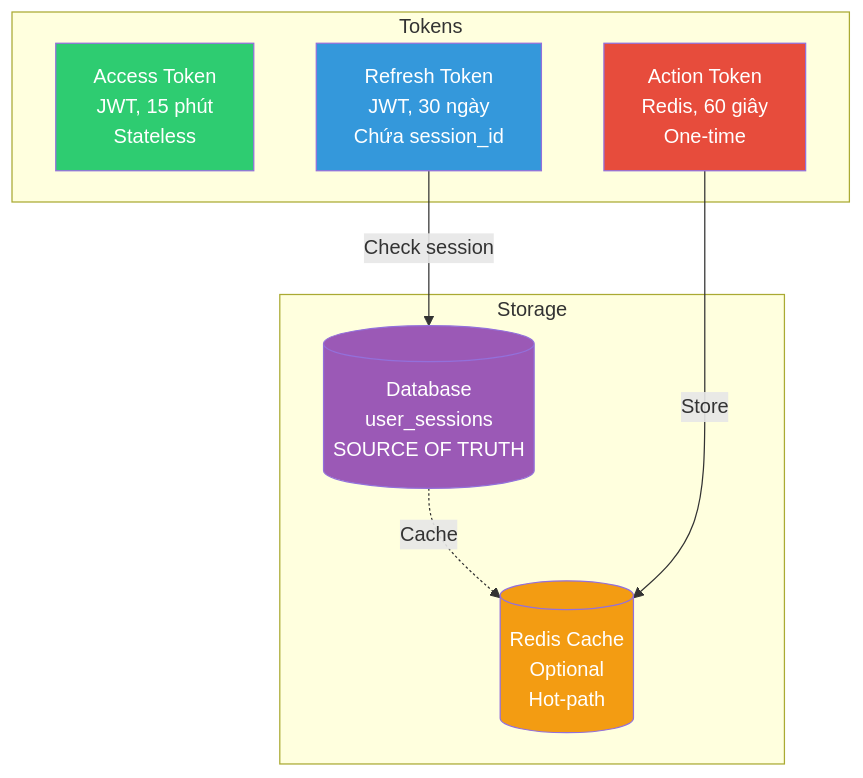
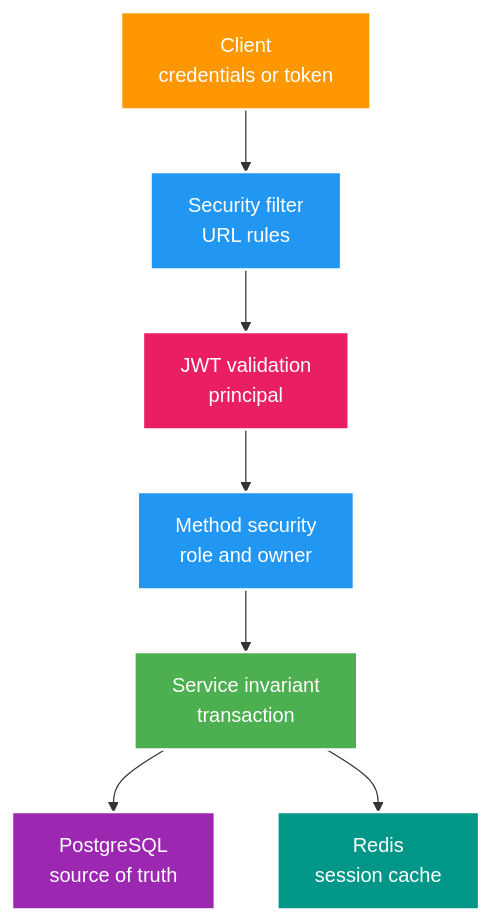
One commit to HungPhan200591/live-stream-backend changed the diagram in docs/authorization_flow.md. Above: the diagram before and after it, drawn with Mermaid. The commit also changed other lines of this file and 39 other files, not shown here.

````diff
--- a/docs/authorization_flow.md
+++ b/docs/authorization_flow.md
@@ -40,23 +9,17 @@
 ```mermaid
-flowchart TD
-    subgraph Tokens
-        AT[Access Token<br/>JWT, 15 phút<br/>Stateless]
-        RT[Refresh Token<br/>JWT, 30 ngày<br/>Chứa session_id]
-        ActionT[Action Token<br/>Redis, 60 giây<br/>One-time]
-    end
+flowchart TB
+    C["Client<br/>credentials or token"] --> F["Security filter<br/>URL rules"]
+    F --> J["JWT validation<br/>principal"]
+    J --> M["Method security<br/>role and owner"]
+    M --> S["Service invariant<br/>transaction"]
+    S --> P["PostgreSQL<br/>source of truth"]
+    S --> R["Redis<br/>session cache"]
 
-    subgraph Storage
-        DB[(Database<br/>user_sessions<br/>SOURCE OF TRUTH)]
-        Redis[(Redis Cache<br/>Optional<br/>Hot-path)]
-    end
-
-    RT -->|Check session| DB
-    DB -.->|Cache| Redis
-    ActionT -->|Store| Redis
-
-    style AT fill:#2ecc71,color:#fff
-    style RT fill:#3498db,color:#fff
-    style ActionT fill:#e74c3c,color:#fff
-    style DB fill:#9b59b6,color:#fff
-    style Redis fill:#f39c12,color:#fff
+    style C fill:#FF9800,stroke:#fff,stroke-width:2px,color:#fff
+    style F fill:#2196F3,stroke:#fff,stroke-width:2px,color:#fff
+    style J fill:#E91E63,stroke:#fff,stroke-width:2px,color:#fff
+    style M fill:#2196F3,stroke:#fff,stroke-width:2px,color:#fff
+    style S fill:#4CAF50,stroke:#fff,stroke-width:2px,color:#fff
+    style P fill:#9C27B0,stroke:#fff,stroke-width:2px,color:#fff
+    style R fill:#009688,stroke:#fff,stroke-width:2px,color:#fff
 ```
````
